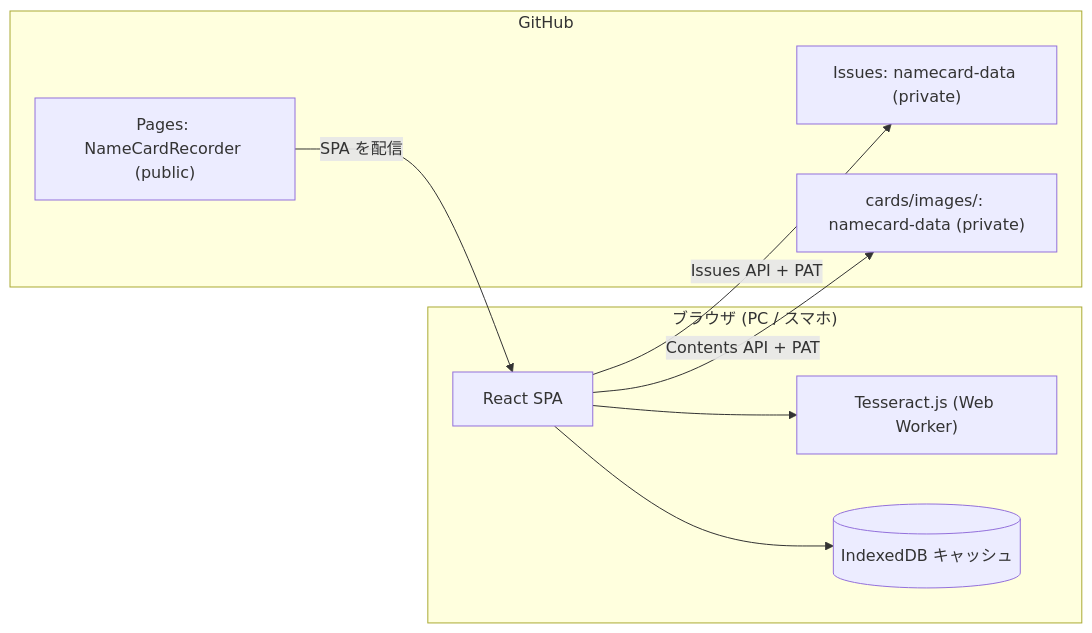
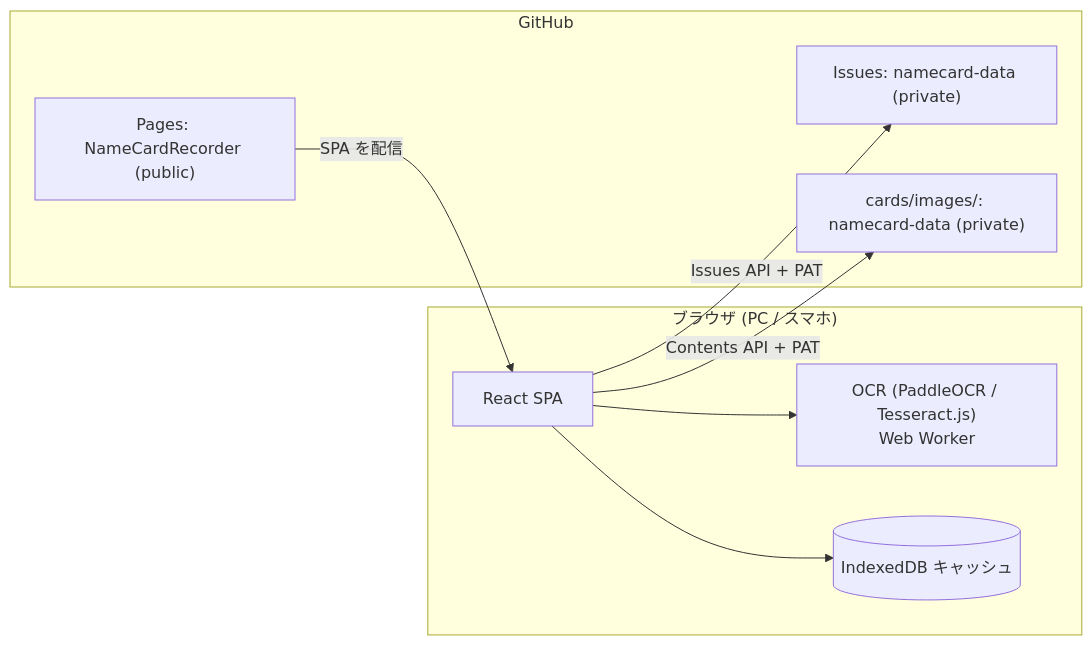
One commit to ry32767/NameCardRecorder changed the first of 2 diagrams in docs/architecture.md. Above: the diagram before and after it, drawn with Mermaid. The commit also changed other lines of this file and 27 other files, not shown here.

First line of the commit message:
OCR を PaddleOCR に入れ替え、Cloud Vision をやめる

````diff
--- a/docs/architecture.md
+++ b/docs/architecture.md
@@ -9,18 +9,18 @@
 ```mermaid
 flowchart LR
     subgraph Browser["ブラウザ (PC / スマホ)"]
         UI["React SPA"]
-        OCR["Tesseract.js (Web Worker)"]
+        OCR["OCR (PaddleOCR / Tesseract.js)<br/>Web Worker"]
         Cache[("IndexedDB キャッシュ")]
     end
     subgraph GH["GitHub"]
         Pages["Pages: NameCardRecorder (public)"]
         Issues["Issues: namecard-data (private)"]
         Files["cards/images/: namecard-data (private)"]
     end
     Pages -->|SPA を配信| UI
     UI --> OCR
     UI --> Cache
     UI -->|Issues API + PAT| Issues
     UI -->|Contents API + PAT| Files
 ```
````
